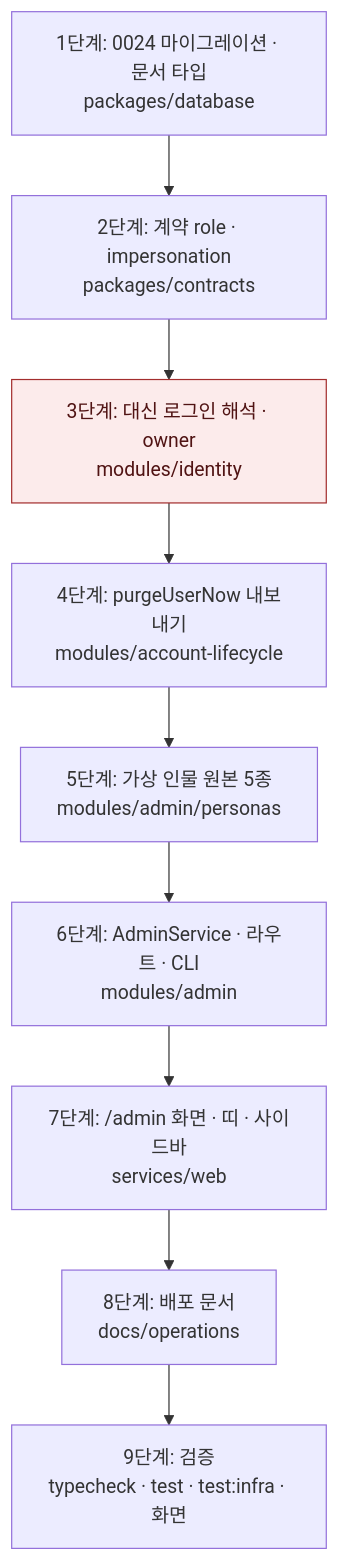
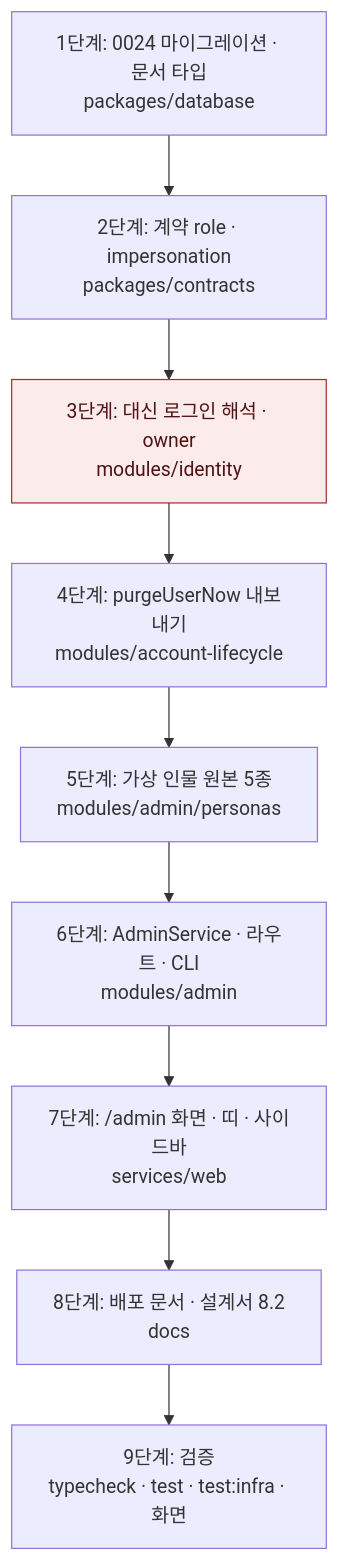
One commit to Expresso-Organization/expresso changed the diagram in .intent/plan_dummy-dev-accounts.md. Above: the diagram before and after it, drawn with Mermaid. The commit also changed other lines of this file and 1 other file, not shown here.

First line of the commit message:
docs: 설계서 8.2 컬렉션 영역 표 보충과 명세 재생성

````diff
--- a/.intent/plan_dummy-dev-accounts.md
+++ b/.intent/plan_dummy-dev-accounts.md
@@ -50,12 +50,12 @@
 ```mermaid
 flowchart TD
   S1["1단계: 0024 마이그레이션 · 문서 타입<br/>packages/database"] --> S2["2단계: 계약 role · impersonation<br/>packages/contracts"]
   S2 --> S3["3단계: 대신 로그인 해석 · owner<br/>modules/identity"]:::risk
   S3 --> S4["4단계: purgeUserNow 내보내기<br/>modules/account-lifecycle"]
   S4 --> S5["5단계: 가상 인물 원본 5종<br/>modules/admin/personas"]
   S5 --> S6["6단계: AdminService · 라우트 · CLI<br/>modules/admin"]
   S6 --> S7["7단계: /admin 화면 · 띠 · 사이드바<br/>services/web"]
-  S7 --> S8["8단계: 배포 문서<br/>docs/operations"]
+  S7 --> S8["8단계: 배포 문서 · 설계서 8.2<br/>docs"]
   S8 --> S9["9단계: 검증<br/>typecheck · test · test:infra · 화면"]
   classDef risk fill:#FCEBEB,stroke:#A32D2D,color:#501313
 ```
````
